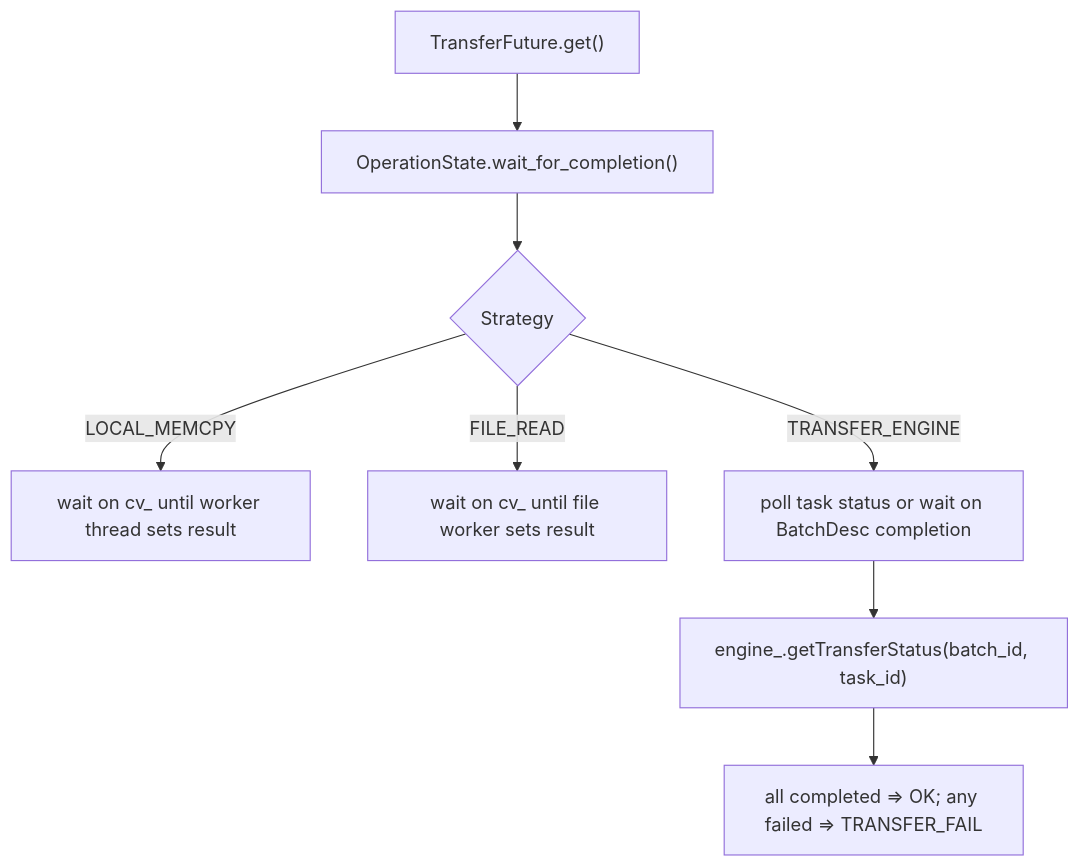
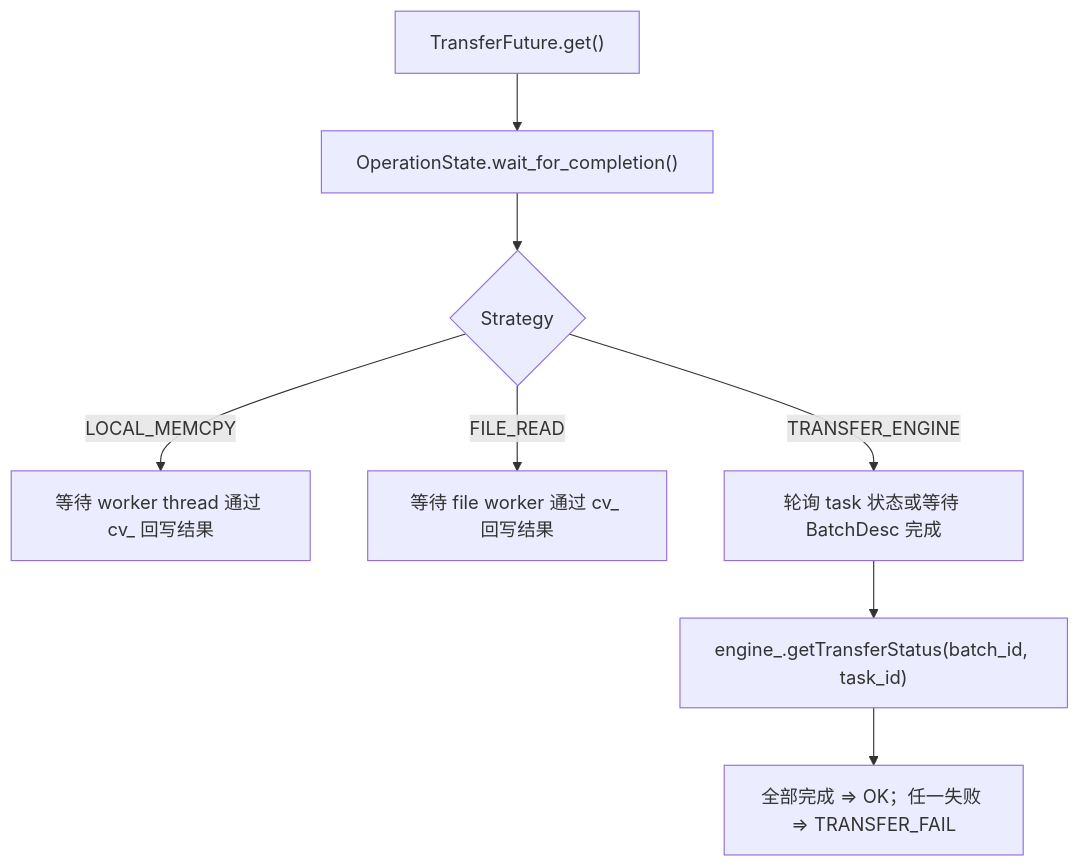
Before and after one commit to bigboywwn/AI_coding: the fourth of 4 diagrams in docs/mooncake-transfer-paths.md, drawn with Mermaid. The commit also changed other lines of this file and 3 other files, not shown here.

````diff
--- a/docs/mooncake-transfer-paths.md
+++ b/docs/mooncake-transfer-paths.md
@@ -262,10 +262,10 @@
 ```mermaid
 flowchart TD
   A["TransferFuture.get()"] --> B["OperationState.wait_for_completion()"]
   B --> C{"Strategy"}
-  C -->|"LOCAL_MEMCPY"| D["wait on cv_ until worker thread sets result"]
-  C -->|"FILE_READ"| E["wait on cv_ until file worker sets result"]
-  C -->|"TRANSFER_ENGINE"| F["poll task status or wait on BatchDesc completion"]
+  C -->|"LOCAL_MEMCPY"| D["等待 worker thread 通过 cv_ 回写结果"]
+  C -->|"FILE_READ"| E["等待 file worker 通过 cv_ 回写结果"]
+  C -->|"TRANSFER_ENGINE"| F["轮询 task 状态或等待 BatchDesc 完成"]
   F --> G["engine_.getTransferStatus(batch_id, task_id)"]
-  G --> H["all completed => OK; any failed => TRANSFER_FAIL"]
+  G --> H["全部完成 => OK；任一失败 => TRANSFER_FAIL"]
 ```
````
